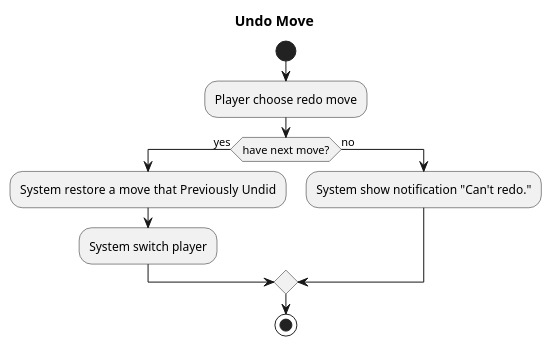
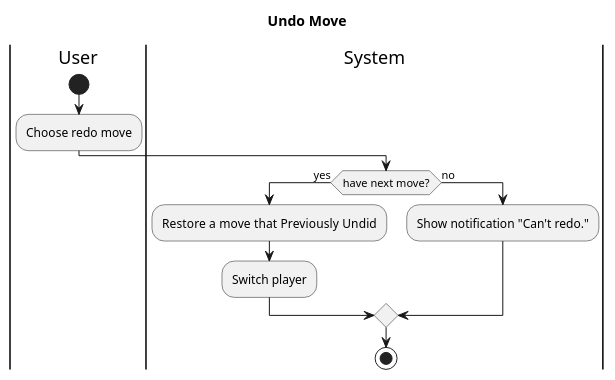
The diagram in activity/redo-move.puml (duyhq-zee1/chess-game), drawn with PlantUML before and after one commit. The commit also changed 3 other files, not shown here.

Commit message:
docs :add land activity diagram

```diff
--- a/activity/redo-move.puml
+++ b/activity/redo-move.puml
@@ -1,13 +1,14 @@
 @startuml "Activity diagram"
 title "Undo Move"
-
+|User|
 start
-:Player choose redo move;
+:Choose redo move;
+|System|
 if (have next move?) then (yes)
-    :System restore a move that  Previously Undid;
-    :System switch player;
+    :Restore a move that  Previously Undid;
+    :Switch player;
 else (no)
-    :System show notification "Can't redo.";
+    :Show notification "Can't redo.";
 endif
 stop
 @enduml
```
